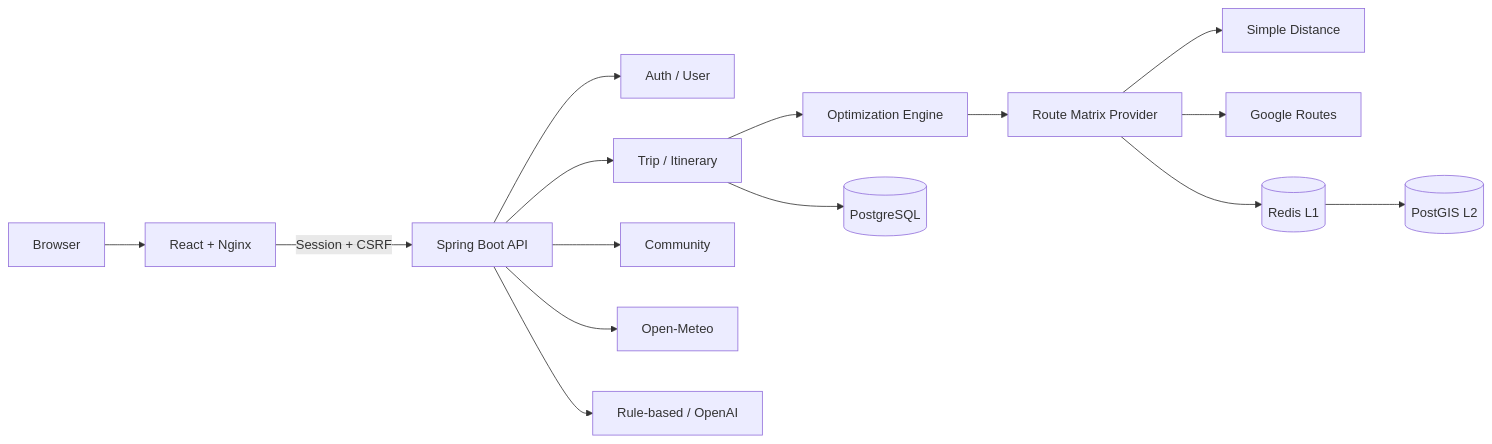
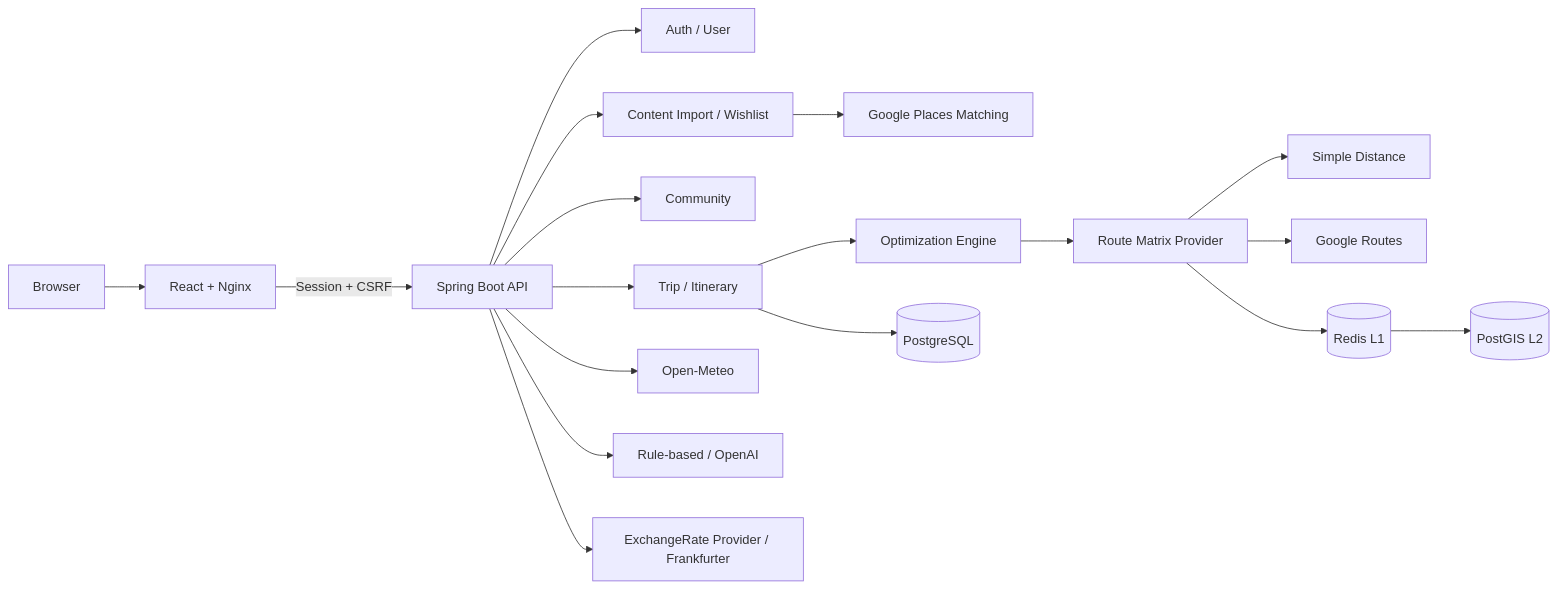
The diagram in README.md (sungjuun/RoutePlan), drawn with Mermaid before and after one commit. The commit also changed other lines of this file and 68 other files, not shown here.

````diff
--- a/README.md
+++ b/README.md
@@ -81,17 +87,20 @@
 ```mermaid
 flowchart LR
     USER[Browser] --> WEB[React + Nginx]
     WEB -->|Session + CSRF| API[Spring Boot API]
     API --> AUTH[Auth / User]
     API --> PLAN[Trip / Itinerary]
     API --> COMMUNITY[Community]
+    API --> DISCOVERY[Content Import / Wishlist]
+    DISCOVERY --> PLACES[Google Places Matching]
     PLAN --> OPT[Optimization Engine]
     OPT --> MATRIX[Route Matrix Provider]
     MATRIX --> SIMPLE[Simple Distance]
     MATRIX --> GOOGLE[Google Routes]
     MATRIX --> REDIS[(Redis L1)]
     REDIS --> POSTGIS[(PostGIS L2)]
     PLAN --> POSTGRES[(PostgreSQL)]
     API --> WEATHER[Open-Meteo]
     API --> AI[Rule-based / OpenAI]
+    API --> FX[ExchangeRate Provider / Frankfurter]
 ```
````
